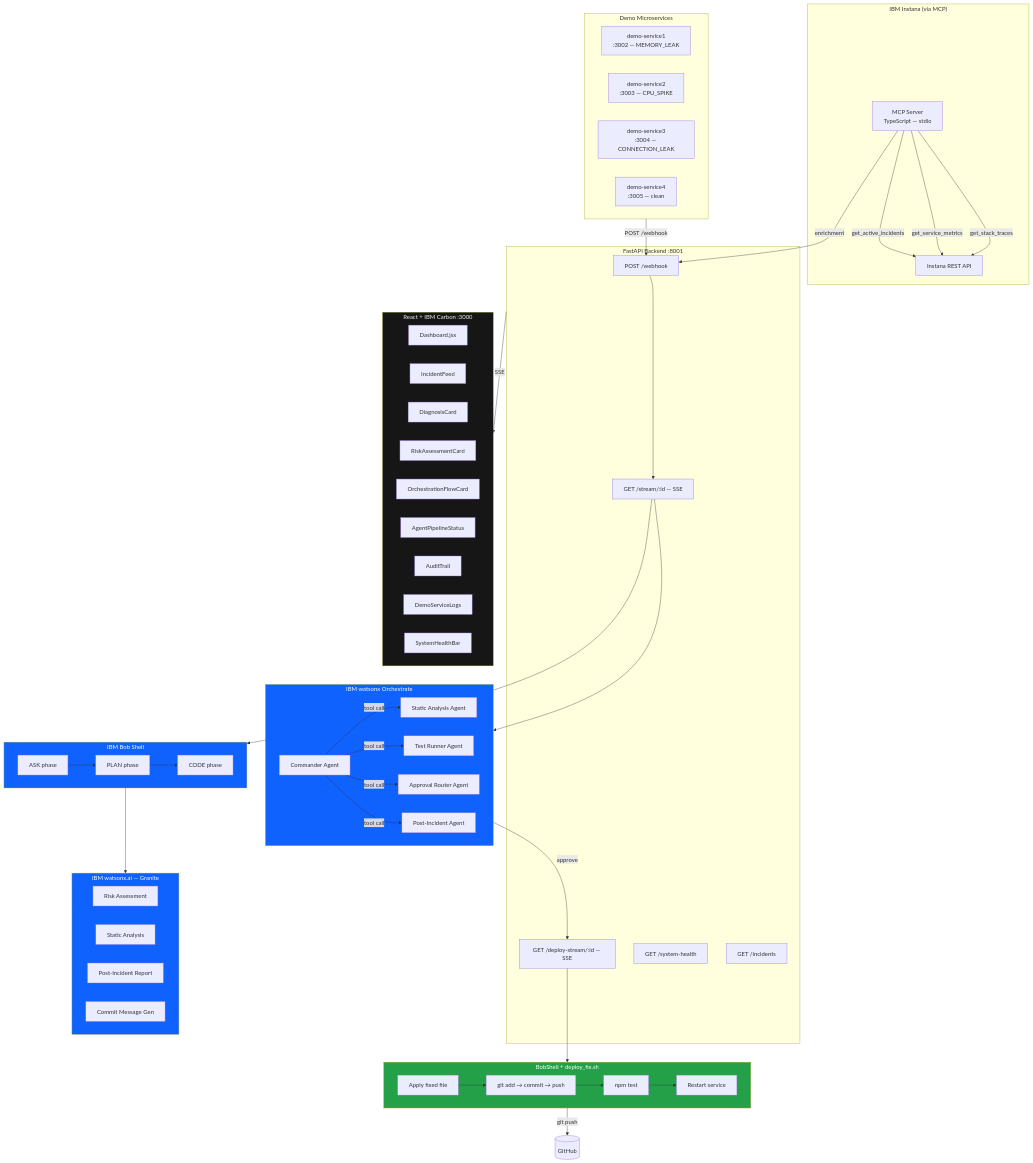
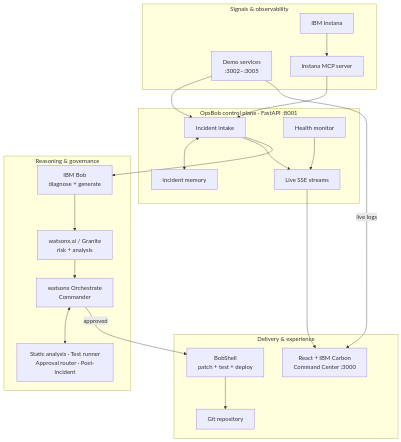
One commit to Senaaravichandran/OpsBob changed the second of 2 diagrams in README.md. Above: the diagram before and after it, drawn with Mermaid. The commit also changed other lines of this file and 1 other file, not shown here.

````diff
--- a/README.md
+++ b/README.md
@@ -175,88 +86,42 @@
-```mermaid
+~~~mermaid
 flowchart TB
-    subgraph Services["Demo Microservices"]
-        DS1[demo-service1<br/>:3002 — MEMORY_LEAK]
-        DS2[demo-service2<br/>:3003 — CPU_SPIKE]
-        DS3[demo-service3<br/>:3004 — CONNECTION_LEAK]
-        DS4[demo-service4<br/>:3005 — clean]
+    subgraph Signals["Signals & observability"]
+        INSTANA["IBM Instana"]
+        DEMOS["Demo services<br/>:3002–:3005"]
+        MCP["Instana MCP server"]
+        INSTANA --> MCP
     end
 
-    subgraph Observability["IBM Instana (via MCP)"]
-        MCP[MCP Server<br/>TypeScript — stdio]
-        MCP -->|get_active_incidents| INSTANA_API[Instana REST API]
-        MCP -->|get_service_metrics| INSTANA_API
-        MCP -->|get_stack_traces| INSTANA_API
+    subgraph Core["OpsBob control plane · FastAPI :8001"]
+        WEBHOOK["Incident intake"]
+        MEMORY["Incident memory"]
+        HEALTH["Health monitor"]
+        SSE["Live SSE streams"]
+        WEBHOOK <--> MEMORY
+        WEBHOOK --> SSE
+        HEALTH --> SSE
     end
 
-    subgraph Backend["FastAPI Backend :8001"]
-        WEBHOOK[POST /webhook]
-        STREAM[GET /stream/:id — SSE]
-        DEPLOY[GET /deploy-stream/:id — SSE]
-        HEALTH[GET /system-health]
-        INCIDENTS[GET /incidents]
+    subgraph Intelligence["Reasoning & governance"]
+        BOB["IBM Bob<br/>diagnose + generate"]
+        WX["watsonx.ai / Granite<br/>risk + analysis"]
+        ORCH["watsonx Orchestrate<br/>Commander"]
+        AGENTS["Static analysis · Test runner<br/>Approval router · Post-incident"]
+        BOB --> WX --> ORCH
+        ORCH <--> AGENTS
     end
 
-    subgraph IBM_BOB["IBM Bob Shell"]
-        BOB_ASK[ASK phase]
-        BOB_PLAN[PLAN phase]
-        BOB_CODE[CODE phase]
-        BOB_ASK --> BOB_PLAN --> BOB_CODE
+    subgraph Delivery["Delivery & experience"]
+        SHELL["BobShell<br/>patch + test + deploy"]
+        UI["React + IBM Carbon<br/>Command Center :3000"]
+        GIT["Git repository"]
+        SHELL --> GIT
     end
 
-    subgraph WX_AI["IBM watsonx.ai — Granite"]
-        RISK[Risk Assessment]
-        STATIC_AI[Static Analysis]
-        POST_AI[Post-Incident Report]
-        COMMIT_AI[Commit Message Gen]
-    end
-
-    subgraph ORCHESTRATE["IBM watsonx Orchestrate"]
-        CMDR[Commander Agent]
-        SA_AGT[Static Analysis Agent]
-        TR_AGT[Test Runner Agent]
-        AR_AGT[Approval Router Agent]
-        PI_AGT[Post-Incident Agent]
-        CMDR -->|tool call| SA_AGT
-        CMDR -->|tool call| TR_AGT
-        CMDR -->|tool call| AR_AGT
-        CMDR -->|tool call| PI_AGT
-    end
-
-    subgraph BobShell["BobShell + deploy_fix.sh"]
-        APPLY[Apply fixed file]
-        GIT[git add → commit → push]
-        TEST[npm test]
-        RESTART[Restart service]
-        APPLY --> GIT --> TEST --> RESTART
-    end
-
-    subgraph Frontend["React + IBM Carbon :3000"]
-        DASH[Dashboard.jsx]
-        FEED[IncidentFeed]
-        DIAG[DiagnosisCard]
-        RISK_CARD[RiskAssessmentCard]
-        FLOW[OrchestrationFlowCard]
-        AGENTS[AgentPipelineStatus]
-        AUDIT[AuditTrail]
-        LOGSVC[DemoServiceLogs]
-        SYSBAR[SystemHealthBar]
-    end
-
-    Services -->|POST /webhook| WEBHOOK
-    MCP -->|enrichment| WEBHOOK
-    WEBHOOK --> STREAM
-    STREAM --> IBM_BOB
-    IBM_BOB --> WX_AI
-    STREAM --> ORCHESTRATE
-    ORCHESTRATE -->|approve| DEPLOY
-    DEPLOY --> BobShell
-    BobShell -->|git push| REPO[(GitHub)]
-
-    Backend -->|SSE| Frontend
-
-    style IBM_BOB fill:#0f62fe,color:#fff
-    style WX_AI fill:#0f62fe,color:#fff
-    style ORCHESTRATE fill:#0f62fe,color:#fff
-    style Frontend fill:#161616,color:#f4f4f4
-    style BobShell fill:#24a148,color:#fff
-```
+    DEMOS --> WEBHOOK
+    MCP --> WEBHOOK
+    WEBHOOK --> BOB
+    ORCH -->|approved| SHELL
+    SSE --> UI
+    DEMOS -->|live logs| UI
+~~~
````
